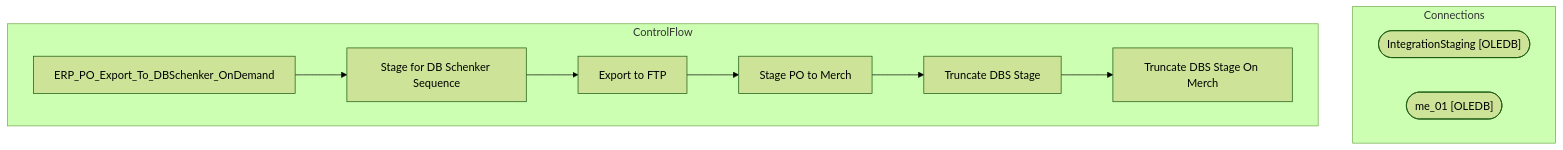
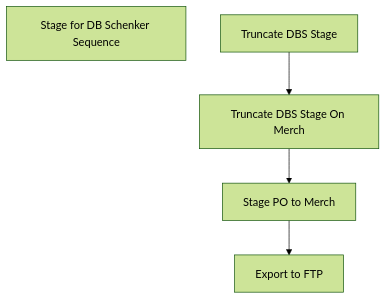
The diagram in bab-docs-explorer/Documentation/STL-SSIS-P-01/SSIS/SSIS/ERP_PurchaseOrderFromD365.ERP_PO_Export_To_DBSchenker_OnDemand.md (juanandresbrain/BABSkills), drawn with Mermaid (forest theme) before and after one commit. The commit also changed other lines of this file and 273 other files, not shown here.

````diff
--- a/bab-docs-explorer/Documentation/STL-SSIS-P-01/SSIS/SSIS/ERP_PurchaseOrderFromD365.ERP_PO_Export_To_DBSchenker_OnDemand.md
+++ b/bab-docs-explorer/Documentation/STL-SSIS-P-01/SSIS/SSIS/ERP_PurchaseOrderFromD365.ERP_PO_Export_To_DBSchenker_OnDemand.md
@@ -9,20 +37,11 @@
 ```mermaid
 flowchart TD
-    subgraph Connections
-        IntegrationStaging_conn(["IntegrationStaging [OLEDB]"])
-        me_01_conn(["me_01 [OLEDB]"])
-    end
-    subgraph ControlFlow
-        ERP_PO_Export_To_DBSchenker_OnDemand_task["ERP_PO_Export_To_DBSchenker_OnDemand"]
-        Stage_for_DB_Schenker_Sequence_task["Stage for DB Schenker Sequence"]
-        ERP_PO_Export_To_DBSchenker_OnDemand_task --> Stage_for_DB_Schenker_Sequence_task
-        Export_to_FTP_task["Export to FTP"]
-        Stage_for_DB_Schenker_Sequence_task --> Export_to_FTP_task
-        Stage_PO_to_Merch_task["Stage PO to Merch"]
-        Export_to_FTP_task --> Stage_PO_to_Merch_task
-        Truncate_DBS_Stage_task["Truncate DBS Stage"]
-        Stage_PO_to_Merch_task --> Truncate_DBS_Stage_task
-        Truncate_DBS_Stage_On_Merch_task["Truncate DBS Stage On Merch"]
-        Truncate_DBS_Stage_task --> Truncate_DBS_Stage_On_Merch_task
-    end
+    n_Package_Stage_for_DB_Schenker_Sequence["Stage for DB Schenker Sequence"]
+    n_Package_Stage_for_DB_Schenker_Sequence_Export_to_FTP["Export to FTP"]
+    n_Package_Stage_for_DB_Schenker_Sequence_Stage_PO_to_Merch["Stage PO to Merch"]
+    n_Package_Stage_for_DB_Schenker_Sequence_Truncate_DBS_Stage["Truncate DBS Stage"]
+    n_Package_Stage_for_DB_Schenker_Sequence_Truncate_DBS_Stage_On_Merch["Truncate DBS Stage On Merch"]
+    n_Package_Stage_for_DB_Schenker_Sequence_Truncate_DBS_Stage --> n_Package_Stage_for_DB_Schenker_Sequence_Truncate_DBS_Stage_On_Merch
+    n_Package_Stage_for_DB_Schenker_Sequence_Truncate_DBS_Stage_On_Merch --> n_Package_Stage_for_DB_Schenker_Sequence_Stage_PO_to_Merch
+    n_Package_Stage_for_DB_Schenker_Sequence_Stage_PO_to_Merch --> n_Package_Stage_for_DB_Schenker_Sequence_Export_to_FTP
 ```
````
